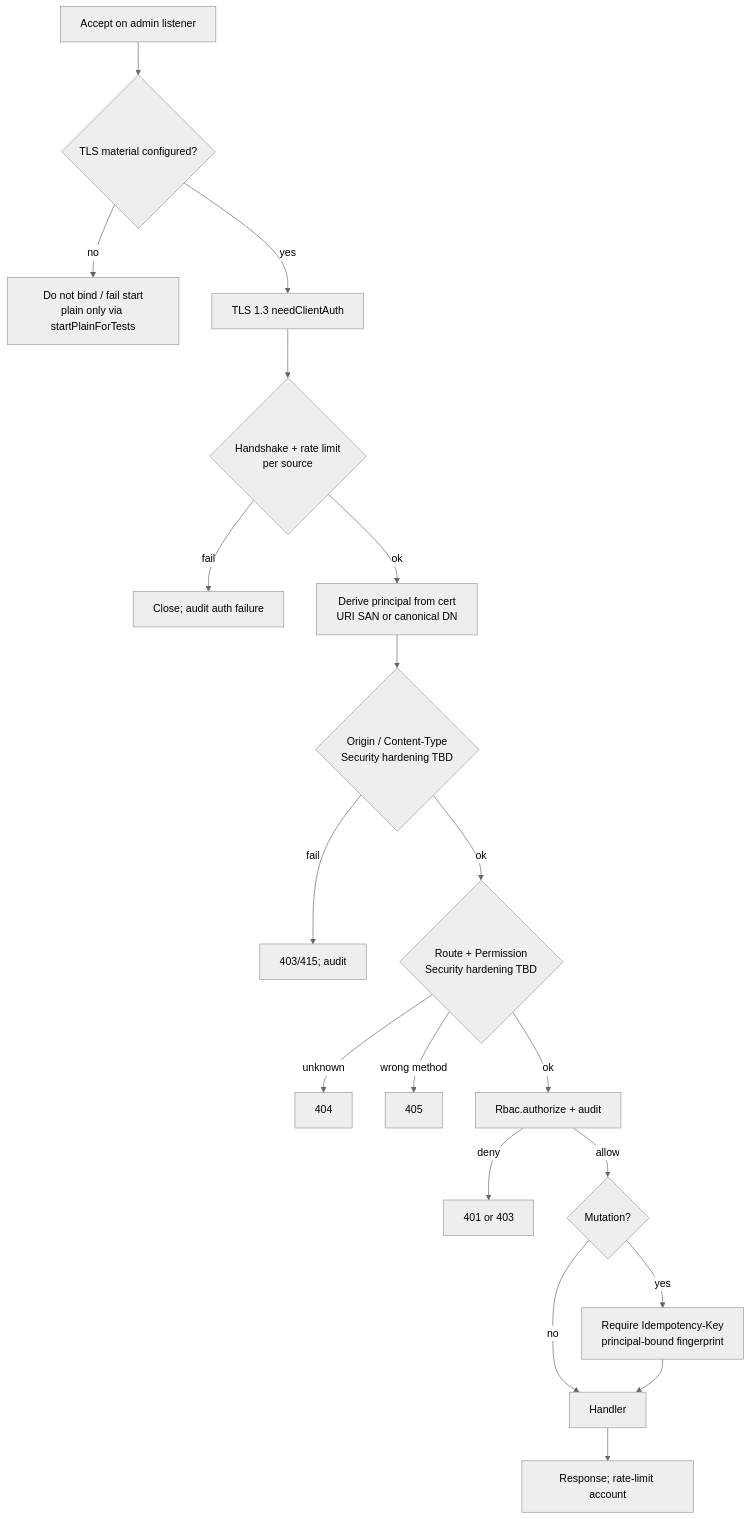
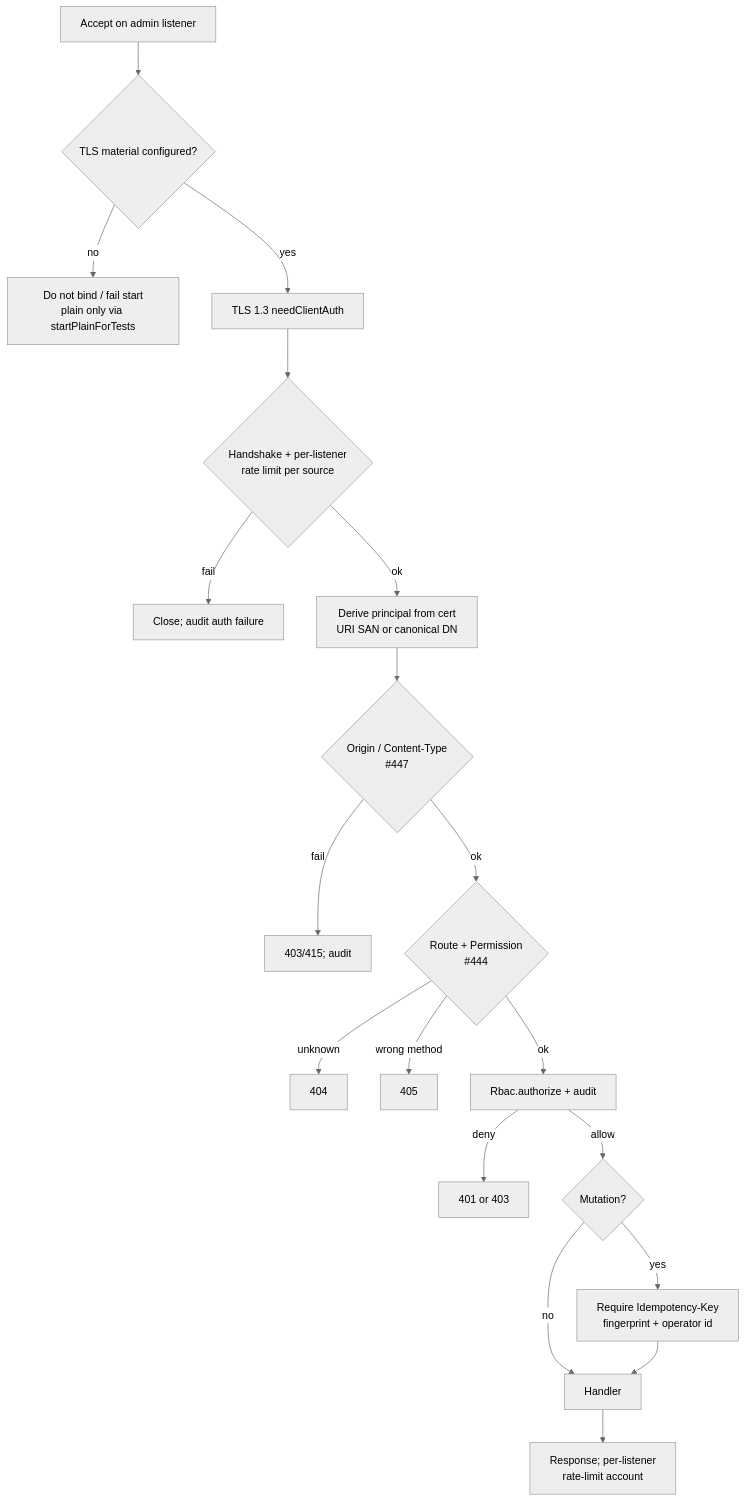
The diagram in docs/design/admin-channel-auth.md (BlivionIaG/sjws_nettask), drawn with Mermaid (neutral theme) before and after one commit. The commit also changed other lines of this file, not shown here.

First line of the commit message:
docs(design): #388 follow-up for Security N1–N4 and resolved Qs

````diff
--- a/docs/design/admin-channel-auth.md
+++ b/docs/design/admin-channel-auth.md
@@ -177,21 +194,21 @@
 ```mermaid
 flowchart TD
     a["Accept on admin listener"] --> b{"TLS material configured?"}
     b -->|no| x["Do not bind / fail start<br/>plain only via startPlainForTests"]
     b -->|yes| c["TLS 1.3 needClientAuth"]
-    c --> d{"Handshake + rate limit<br/>per source"}
+    c --> d{"Handshake + per-listener<br/>rate limit per source"}
     d -->|fail| e["Close; audit auth failure"]
     d -->|ok| f["Derive principal from cert<br/>URI SAN or canonical DN"]
-    f --> g{"Origin / Content-Type<br/>Security hardening TBD"}
+    f --> g{"Origin / Content-Type<br/>#447"}
     g -->|fail| h["403/415; audit"]
-    g -->|ok| i{"Route + Permission<br/>Security hardening TBD"}
+    g -->|ok| i{"Route + Permission<br/>#444"}
     i -->|unknown| j["404"]
     i -->|wrong method| k["405"]
     i -->|ok| l["Rbac.authorize + audit"]
     l -->|deny| m["401 or 403"]
     l -->|allow| n{"Mutation?"}
-    n -->|yes| o["Require Idempotency-Key<br/>principal-bound fingerprint"]
+    n -->|yes| o["Require Idempotency-Key<br/>fingerprint + operator id"]
     n -->|no| p["Handler"]
     o --> p
-    p --> q["Response; rate-limit account"]
+    p --> q["Response; per-listener<br/>rate-limit account"]
 ```
````
